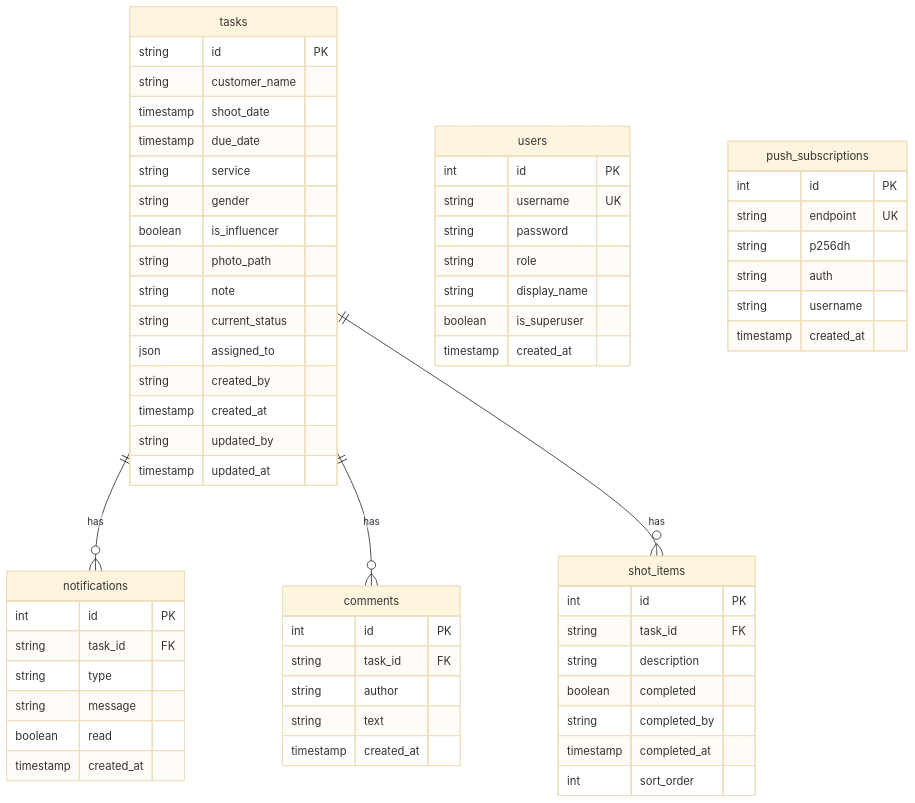
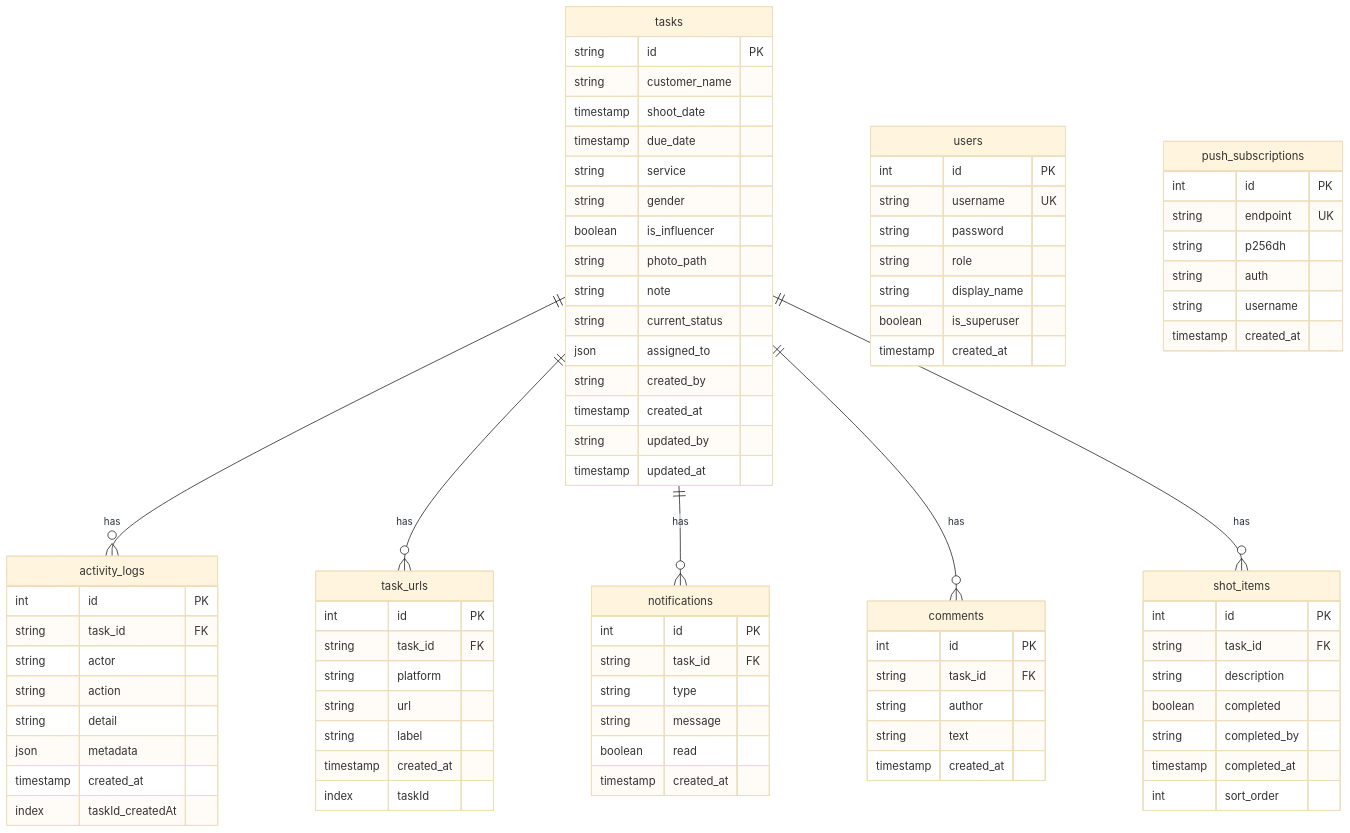
Before and after one commit to syntaxFool/app-media-tracker.aika-shuz.fyi: the diagram in documentation_MD/DATABASE.md, drawn with Mermaid (base theme). The commit also changed other lines of this file and 4 other files, not shown here.

````diff
--- a/documentation_MD/DATABASE.md
+++ b/documentation_MD/DATABASE.md
@@ -108,5 +143,7 @@
 ```mermaid
 erDiagram
+    tasks ||--o{ activity_logs : "has"
+    tasks ||--o{ task_urls : "has"
     tasks ||--o{ notifications : "has"
     tasks ||--o{ comments : "has"
     tasks ||--o{ shot_items : "has"
@@ -137,6 +174,27 @@
         string display_name
         boolean is_superuser
         timestamp created_at
+    }
+
+    activity_logs {
+        int id PK
+        string task_id FK
+        string actor
+        string action
+        string detail
+        json metadata
+        timestamp created_at
+        index taskId_createdAt
+    }
+
+    task_urls {
+        int id PK
+        string task_id FK
+        string platform
+        string url
+        string label
+        timestamp created_at
+        index taskId
     }
 
     notifications {
````
